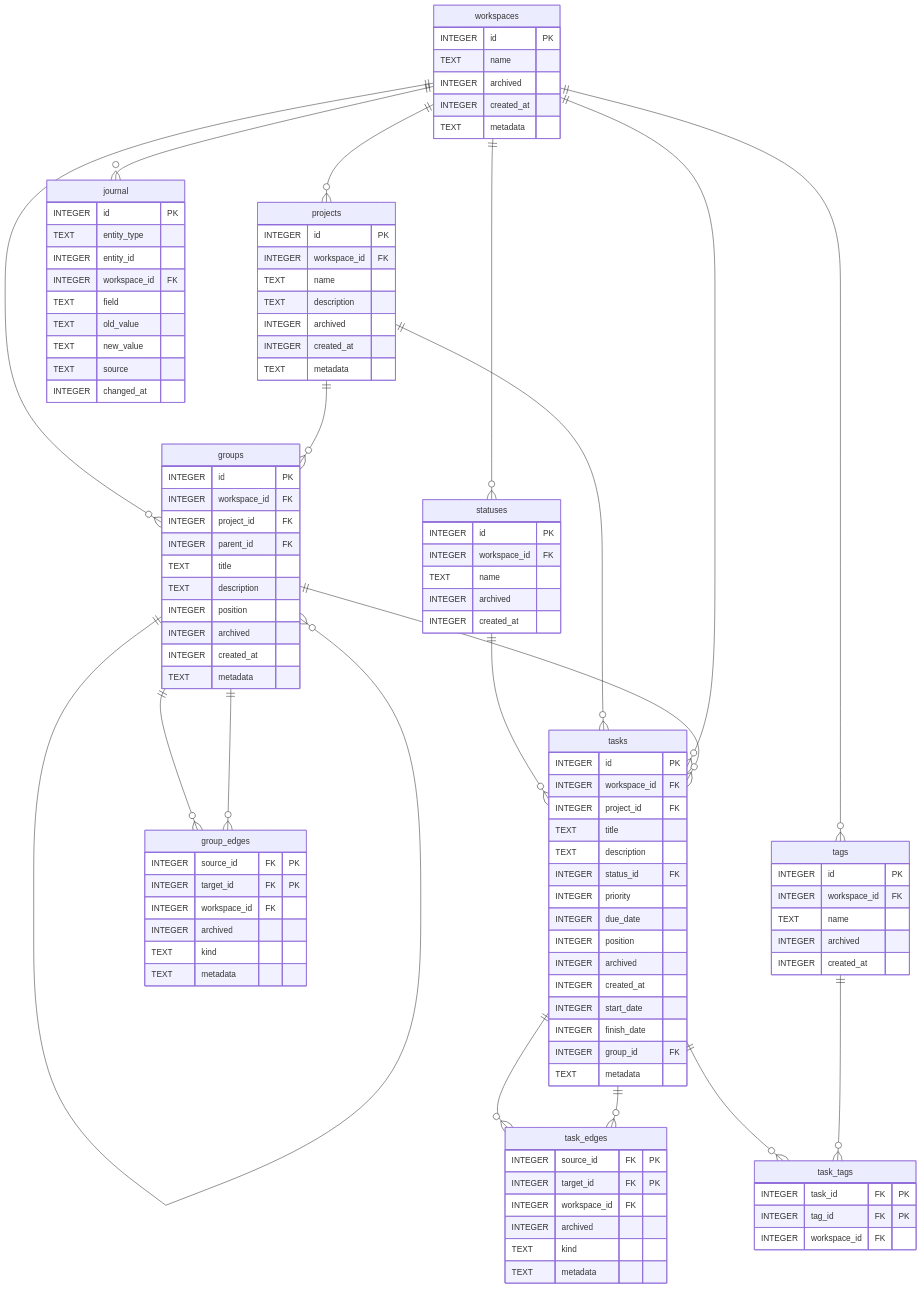
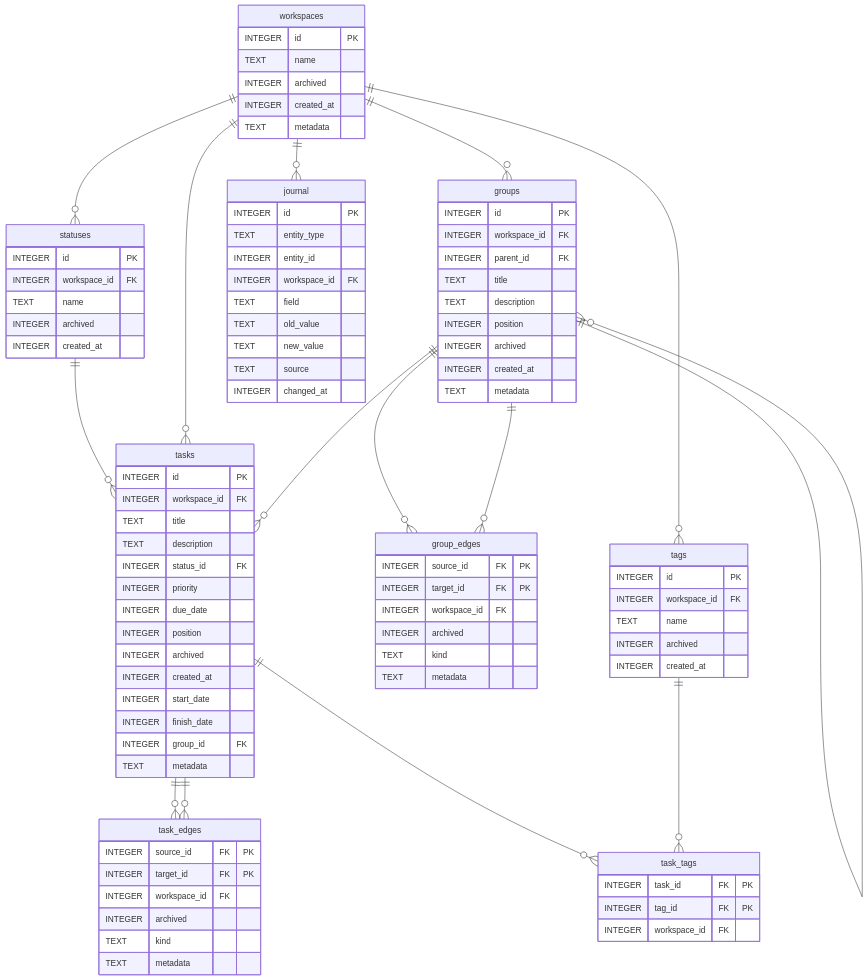
Before and after one commit to phansen314/stx: the diagram in docs/erd.md, drawn with Mermaid. The commit also changed 46 other files, not shown here.

First line of the commit message:
feat!: remove projects, replace with root groups

````diff
--- a/docs/erd.md
+++ b/docs/erd.md
@@ -1,12 +1,9 @@
 ```mermaid
 erDiagram
-    workspaces ||--o{ projects : ""
     workspaces ||--o{ statuses : ""
+    workspaces ||--o{ groups : ""
     groups ||--o{ groups : ""
-    workspaces ||--o{ groups : ""
-    projects ||--o{ groups : ""
     statuses ||--o{ tasks : ""
-    projects ||--o{ tasks : ""
     workspaces ||--o{ tasks : ""
     groups ||--o{ tasks : ""
     tasks ||--o{ task_edges : ""
@@ -26,16 +23,6 @@
         TEXT metadata
     }
 
-    projects {
-        INTEGER id PK
-        INTEGER workspace_id FK
-        TEXT name
-        TEXT description
-        INTEGER archived
-        INTEGER created_at
-        TEXT metadata
-    }
-
     statuses {
         INTEGER id PK
         INTEGER workspace_id FK
@@ -47,7 +34,6 @@
     groups {
         INTEGER id PK
         INTEGER workspace_id FK
-        INTEGER project_id FK
         INTEGER parent_id FK
         TEXT title
         TEXT description
@@ -60,7 +46,6 @@
     tasks {
         INTEGER id PK
         INTEGER workspace_id FK
-        INTEGER project_id FK
         TEXT title
         TEXT description
         INTEGER status_id FK
````
